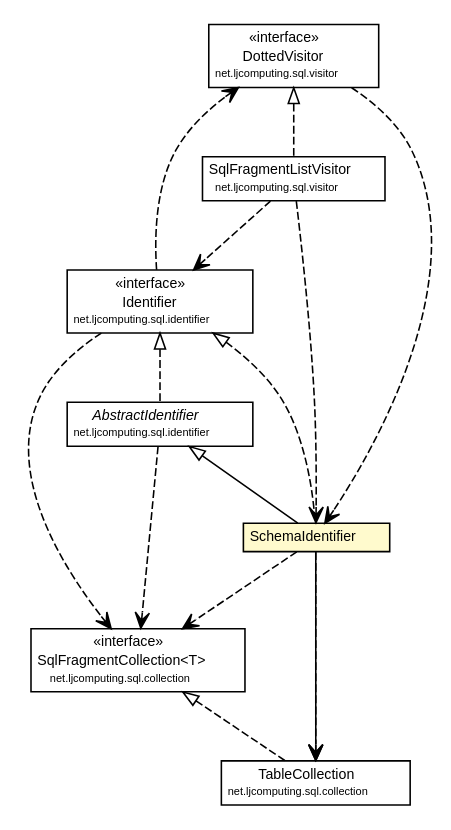
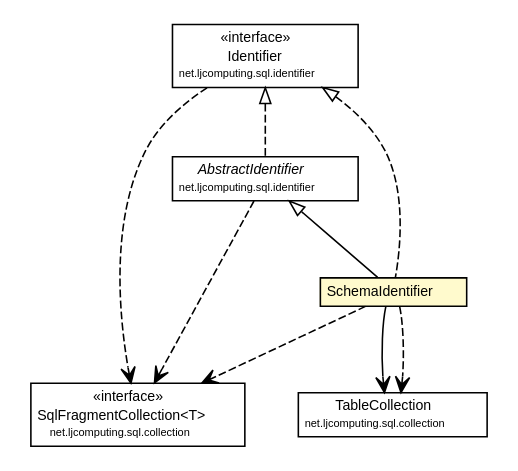
Before and after one commit to willmorejg/net.ljcomputing.sql: the diagram in docs/javadoc/apidocs/net/ljcomputing/sql/identifier/schema/SchemaIdentifier.dot, drawn with Graphviz. The commit also changed 195 other files, not shown here.

```diff
--- a/docs/javadoc/apidocs/net/ljcomputing/sql/identifier/schema/SchemaIdentifier.dot
+++ b/docs/javadoc/apidocs/net/ljcomputing/sql/identifier/schema/SchemaIdentifier.dot
@@ -1,91 +1,64 @@
 #!/usr/local/bin/dot
 #
 # Class diagram 
 # Generated by UMLGraph version R5_6 (http://www.umlgraph.org/)
 #
 
 digraph G {
 	edge [fontname="Helvetica",fontsize=10,labelfontname="Helvetica",labelfontsize=10];
 	node [fontname="Helvetica",fontsize=10,shape=plaintext];
 	nodesep=0.25;
 	ranksep=0.5;
-	// net.ljcomputing.sql.visitor.DottedVisitor
-	c906 [label=<<table title="net.ljcomputing.sql.visitor.DottedVisitor" border="0" cellborder="1" cellspacing="0" cellpadding="2" port="p" href="../../visitor/DottedVisitor.html">
-		<tr><td><table border="0" cellspacing="0" cellpadding="1">
-<tr><td align="center" balign="center"> &#171;interface&#187; </td></tr>
-<tr><td align="center" balign="center"> DottedVisitor </td></tr>
-<tr><td align="center" balign="center"><font point-size="7.0"> net.ljcomputing.sql.visitor </font></td></tr>
-		</table></td></tr>
-		</table>>, URL="../../visitor/DottedVisitor.html", fontname="Helvetica", fontcolor="black", fontsize=9.0];
-	// net.ljcomputing.sql.visitor.SqlFragmentListVisitor
-	c908 [label=<<table title="net.ljcomputing.sql.visitor.SqlFragmentListVisitor" border="0" cellborder="1" cellspacing="0" cellpadding="2" port="p" href="../../visitor/SqlFragmentListVisitor.html">
-		<tr><td><table border="0" cellspacing="0" cellpadding="1">
-<tr><td align="center" balign="center"> SqlFragmentListVisitor </td></tr>
-<tr><td align="center" balign="center"><font point-size="7.0"> net.ljcomputing.sql.visitor </font></td></tr>
-		</table></td></tr>
-		</table>>, URL="../../visitor/SqlFragmentListVisitor.html", fontname="Helvetica", fontcolor="black", fontsize=9.0];
 	// net.ljcomputing.sql.collection.SqlFragmentCollection<T>
-	c912 [label=<<table title="net.ljcomputing.sql.collection.SqlFragmentCollection" border="0" cellborder="1" cellspacing="0" cellpadding="2" port="p" href="../../collection/SqlFragmentCollection.html">
+	c767 [label=<<table title="net.ljcomputing.sql.collection.SqlFragmentCollection" border="0" cellborder="1" cellspacing="0" cellpadding="2" port="p" href="../../collection/SqlFragmentCollection.html">
 		<tr><td><table border="0" cellspacing="0" cellpadding="1">
 <tr><td align="center" balign="center"> &#171;interface&#187; </td></tr>
 <tr><td align="center" balign="center"> SqlFragmentCollection&lt;T&gt; </td></tr>
 <tr><td align="center" balign="center"><font point-size="7.0"> net.ljcomputing.sql.collection </font></td></tr>
 		</table></td></tr>
 		</table>>, URL="../../collection/SqlFragmentCollection.html", fontname="Helvetica", fontcolor="black", fontsize=9.0];
 	// net.ljcomputing.sql.collection.TableCollection
-	c915 [label=<<table title="net.ljcomputing.sql.collection.TableCollection" border="0" cellborder="1" cellspacing="0" cellpadding="2" port="p" href="../../collection/TableCollection.html">
+	c774 [label=<<table title="net.ljcomputing.sql.collection.TableCollection" border="0" cellborder="1" cellspacing="0" cellpadding="2" port="p" href="../../collection/TableCollection.html">
 		<tr><td><table border="0" cellspacing="0" cellpadding="1">
 <tr><td align="center" balign="center"> TableCollection </td></tr>
 <tr><td align="center" balign="center"><font point-size="7.0"> net.ljcomputing.sql.collection </font></td></tr>
 		</table></td></tr>
 		</table>>, URL="../../collection/TableCollection.html", fontname="Helvetica", fontcolor="black", fontsize=9.0];
 	// net.ljcomputing.sql.identifier.schema.SchemaIdentifier
-	c917 [label=<<table title="net.ljcomputing.sql.identifier.schema.SchemaIdentifier" border="0" cellborder="1" cellspacing="0" cellpadding="2" port="p" bgcolor="lemonChiffon" href="./SchemaIdentifier.html">
+	c775 [label=<<table title="net.ljcomputing.sql.identifier.schema.SchemaIdentifier" border="0" cellborder="1" cellspacing="0" cellpadding="2" port="p" bgcolor="lemonChiffon" href="./SchemaIdentifier.html">
 		<tr><td><table border="0" cellspacing="0" cellpadding="1">
 <tr><td align="center" balign="center"> SchemaIdentifier </td></tr>
 		</table></td></tr>
 		</table>>, URL="./SchemaIdentifier.html", fontname="Helvetica", fontcolor="black", fontsize=9.0];
 	// net.ljcomputing.sql.identifier.AbstractIdentifier
-	c919 [label=<<table title="net.ljcomputing.sql.identifier.AbstractIdentifier" border="0" cellborder="1" cellspacing="0" cellpadding="2" port="p" href="../AbstractIdentifier.html">
+	c777 [label=<<table title="net.ljcomputing.sql.identifier.AbstractIdentifier" border="0" cellborder="1" cellspacing="0" cellpadding="2" port="p" href="../AbstractIdentifier.html">
 		<tr><td><table border="0" cellspacing="0" cellpadding="1">
 <tr><td align="center" balign="center"><font face="Helvetica-Oblique"> AbstractIdentifier </font></td></tr>
 <tr><td align="center" balign="center"><font point-size="7.0"> net.ljcomputing.sql.identifier </font></td></tr>
 		</table></td></tr>
 		</table>>, URL="../AbstractIdentifier.html", fontname="Helvetica", fontcolor="black", fontsize=9.0];
 	// net.ljcomputing.sql.identifier.Identifier
-	c920 [label=<<table title="net.ljcomputing.sql.identifier.Identifier" border="0" cellborder="1" cellspacing="0" cellpadding="2" port="p" href="../Identifier.html">
+	c778 [label=<<table title="net.ljcomputing.sql.identifier.Identifier" border="0" cellborder="1" cellspacing="0" cellpadding="2" port="p" href="../Identifier.html">
 		<tr><td><table border="0" cellspacing="0" cellpadding="1">
 <tr><td align="center" balign="center"> &#171;interface&#187; </td></tr>
 <tr><td align="center" balign="center"> Identifier </td></tr>
 <tr><td align="center" balign="center"><font point-size="7.0"> net.ljcomputing.sql.identifier </font></td></tr>
 		</table></td></tr>
 		</table>>, URL="../Identifier.html", fontname="Helvetica", fontcolor="black", fontsize=9.0];
-	//net.ljcomputing.sql.visitor.SqlFragmentListVisitor implements net.ljcomputing.sql.visitor.DottedVisitor
-	c906:p -> c908:p [dir=back,arrowtail=empty,style=dashed];
-	//net.ljcomputing.sql.collection.TableCollection implements net.ljcomputing.sql.collection.SqlFragmentCollection<T>
-	c912:p -> c915:p [dir=back,arrowtail=empty,style=dashed];
 	//net.ljcomputing.sql.identifier.schema.SchemaIdentifier extends net.ljcomputing.sql.identifier.AbstractIdentifier
-	c919:p -> c917:p [dir=back,arrowtail=empty];
+	c777:p -> c775:p [dir=back,arrowtail=empty];
 	//net.ljcomputing.sql.identifier.schema.SchemaIdentifier implements net.ljcomputing.sql.identifier.Identifier
-	c920:p -> c917:p [dir=back,arrowtail=empty,style=dashed];
+	c778:p -> c775:p [dir=back,arrowtail=empty,style=dashed];
 	//net.ljcomputing.sql.identifier.AbstractIdentifier implements net.ljcomputing.sql.identifier.Identifier
-	c920:p -> c919:p [dir=back,arrowtail=empty,style=dashed];
+	c778:p -> c777:p [dir=back,arrowtail=empty,style=dashed];
 	// net.ljcomputing.sql.identifier.schema.SchemaIdentifier NAVASSOC net.ljcomputing.sql.collection.TableCollection
-	c917:p -> c915:p [taillabel="", label="", headlabel="", fontname="Helvetica", fontcolor="black", fontsize=10.0, color="black", arrowhead=open];
-	// net.ljcomputing.sql.visitor.DottedVisitor DEPEND net.ljcomputing.sql.identifier.schema.SchemaIdentifier
-	c906:p -> c917:p [taillabel="", label="", headlabel="", fontname="Helvetica", fontcolor="black", fontsize=10.0, color="black", arrowhead=open, style=dashed];
-	// net.ljcomputing.sql.visitor.SqlFragmentListVisitor DEPEND net.ljcomputing.sql.identifier.schema.SchemaIdentifier
-	c908:p -> c917:p [taillabel="", label="", headlabel="", fontname="Helvetica", fontcolor="black", fontsize=10.0, color="black", arrowhead=open, style=dashed];
-	// net.ljcomputing.sql.visitor.SqlFragmentListVisitor DEPEND net.ljcomputing.sql.identifier.Identifier
-	c908:p -> c920:p [taillabel="", label="", headlabel="", fontname="Helvetica", fontcolor="black", fontsize=10.0, color="black", arrowhead=open, style=dashed];
+	c775:p -> c774:p [taillabel="", label="", headlabel="", fontname="Helvetica", fontcolor="black", fontsize=10.0, color="black", arrowhead=open];
+	// net.ljcomputing.sql.identifier.schema.SchemaIdentifier DEPEND net.ljcomputing.sql.collection.TableCollection
+	c775:p -> c774:p [taillabel="", label="", headlabel="", fontname="Helvetica", fontcolor="black", fontsize=10.0, color="black", arrowhead=open, style=dashed];
 	// net.ljcomputing.sql.identifier.schema.SchemaIdentifier DEPEND net.ljcomputing.sql.collection.SqlFragmentCollection<T>
-	c917:p -> c912:p [taillabel="", label="", headlabel="", fontname="Helvetica", fontcolor="black", fontsize=10.0, color="black", arrowhead=open, style=dashed];
-	// net.ljcomputing.sql.identifier.schema.SchemaIdentifier DEPEND net.ljcomputing.sql.collection.TableCollection
-	c917:p -> c915:p [taillabel="", label="", headlabel="", fontname="Helvetica", fontcolor="black", fontsize=10.0, color="black", arrowhead=open, style=dashed];
+	c775:p -> c767:p [taillabel="", label="", headlabel="", fontname="Helvetica", fontcolor="black", fontsize=10.0, color="black", arrowhead=open, style=dashed];
 	// net.ljcomputing.sql.identifier.AbstractIdentifier DEPEND net.ljcomputing.sql.collection.SqlFragmentCollection<T>
-	c919:p -> c912:p [taillabel="", label="", headlabel="", fontname="Helvetica", fontcolor="black", fontsize=10.0, color="black", arrowhead=open, style=dashed];
-	// net.ljcomputing.sql.identifier.Identifier DEPEND net.ljcomputing.sql.visitor.DottedVisitor
-	c920:p -> c906:p [taillabel="", label="", headlabel="", fontname="Helvetica", fontcolor="black", fontsize=10.0, color="black", arrowhead=open, style=dashed];
+	c777:p -> c767:p [taillabel="", label="", headlabel="", fontname="Helvetica", fontcolor="black", fontsize=10.0, color="black", arrowhead=open, style=dashed];
 	// net.ljcomputing.sql.identifier.Identifier DEPEND net.ljcomputing.sql.collection.SqlFragmentCollection<T>
-	c920:p -> c912:p [taillabel="", label="", headlabel="", fontname="Helvetica", fontcolor="black", fontsize=10.0, color="black", arrowhead=open, style=dashed];
+	c778:p -> c767:p [taillabel="", label="", headlabel="", fontname="Helvetica", fontcolor="black", fontsize=10.0, color="black", arrowhead=open, style=dashed];
 }
```
